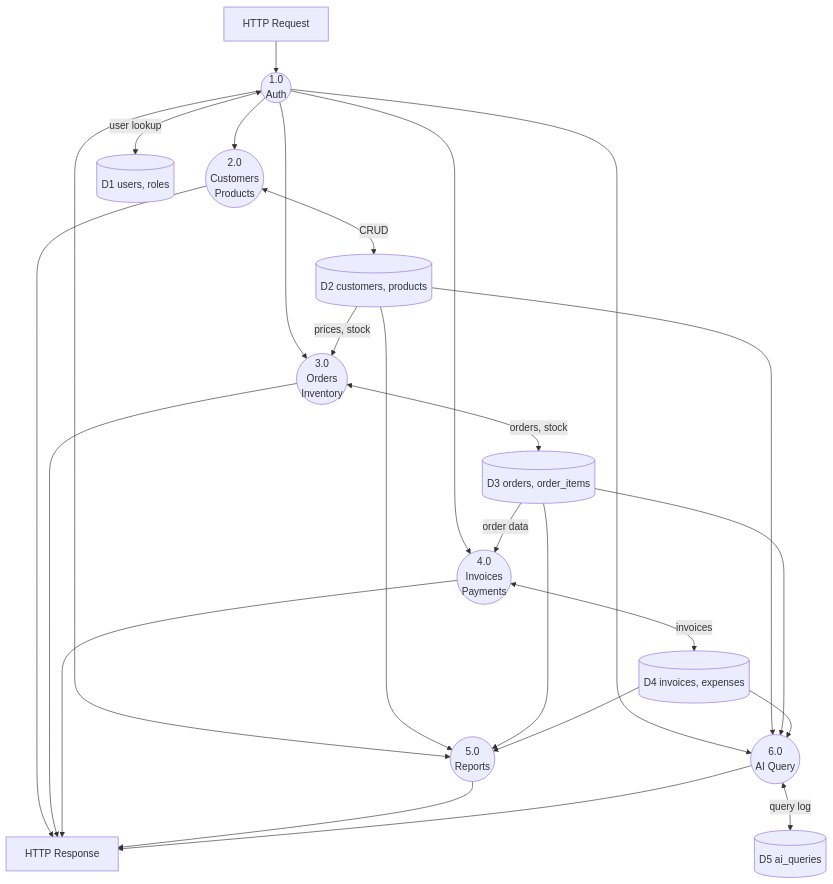
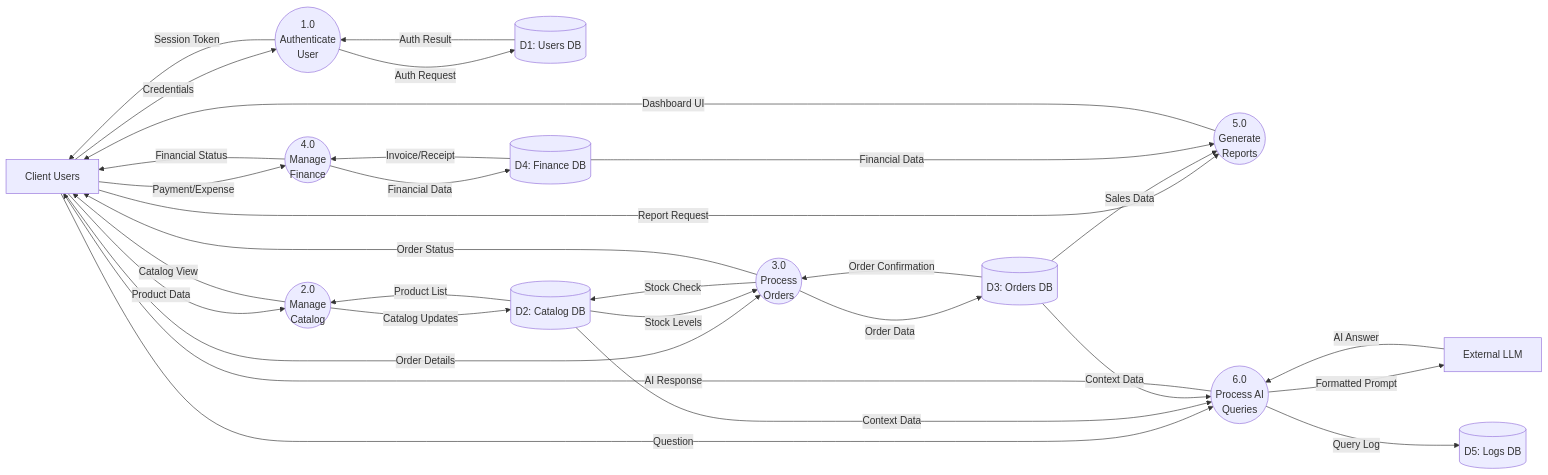
Before and after one commit to hyperS777/BizAI: the diagram in docs/design-diagrams/04-dfd-level1.mmd, drawn with Mermaid. The commit also changed 31 other files, not shown here.

Commit message:
docs: add system design diagrams and Visio rebuild guides

```diff
--- a/docs/design-diagrams/04-dfd-level1.mmd
+++ b/docs/design-diagrams/04-dfd-level1.mmd
@@ -1,46 +1,56 @@
-flowchart TB
-    IN["HTTP Request"]
-    OUT["HTTP Response"]
+%%{init: {'flowchart': {'nodeSpacing': 80, 'rankSpacing': 150}}}%%
+flowchart LR
+    %% External Entities
+    CLIENT["Client Users"]
+    LLM["External LLM"]
 
-    P1(("1.0\nAuth"))
-    P2(("2.0\nCustomers\nProducts"))
-    P3(("3.0\nOrders\nInventory"))
-    P4(("4.0\nInvoices\nPayments"))
-    P5(("5.0\nReports"))
-    P6(("6.0\nAI Query"))
+    %% Data Stores (Cylinders/Open Rectangles)
+    D1[("D1: Users DB")]
+    D2[("D2: Catalog DB")]
+    D3[("D3: Orders DB")]
+    D4[("D4: Finance DB")]
+    D5[("D5: Logs DB")]
 
-    D1[("D1 users, roles")]
-    D2[("D2 customers, products")]
-    D3[("D3 orders, order_items")]
-    D4[("D4 invoices, expenses")]
-    D5[("D5 ai_queries")]
+    %% Processes (Circles)
+    P1(("1.0\nAuthenticate\nUser"))
+    P2(("2.0\nManage\nCatalog"))
+    P3(("3.0\nProcess\nOrders"))
+    P4(("4.0\nManage\nFinance"))
+    P5(("5.0\nGenerate\nReports"))
+    P6(("6.0\nProcess AI\nQueries"))
 
-    IN --> P1
-    P1 <-->|"user lookup"| D1
-    P1 --> P2
-    P1 --> P3
-    P1 --> P4
-    P1 --> P5
-    P1 --> P6
+    %% Flows
+    CLIENT -- "Credentials" --> P1
+    P1 -- "Auth Request" --> D1
+    D1 -- "Auth Result" --> P1
+    P1 -- "Session Token" --> CLIENT
 
-    P2 <-->|"CRUD"| D2
-    P2 --> OUT
+    CLIENT -- "Product Data" --> P2
+    P2 -- "Catalog Updates" --> D2
+    D2 -- "Product List" --> P2
+    P2 -- "Catalog View" --> CLIENT
 
-    D2 -->|"prices, stock"| P3
-    P3 <-->|"orders, stock"| D3
-    P3 --> OUT
+    CLIENT -- "Order Details" --> P3
+    P3 -- "Stock Check" --> D2
+    D2 -- "Stock Levels" --> P3
+    P3 -- "Order Data" --> D3
+    D3 -- "Order Confirmation" --> P3
+    P3 -- "Order Status" --> CLIENT
 
-    D3 -->|"order data"| P4
-    P4 <-->|"invoices"| D4
-    P4 --> OUT
+    CLIENT -- "Payment/Expense" --> P4
+    P4 -- "Financial Data" --> D4
+    D4 -- "Invoice/Receipt" --> P4
+    P4 -- "Financial Status" --> CLIENT
 
-    D2 --> P5
-    D3 --> P5
-    D4 --> P5
-    P5 --> OUT
+    CLIENT -- "Report Request" --> P5
+    D3 -- "Sales Data" --> P5
+    D4 -- "Financial Data" --> P5
+    P5 -- "Dashboard UI" --> CLIENT
 
-    D2 --> P6
-    D3 --> P6
-    D4 --> P6
-    P6 <-->|"query log"| D5
-    P6 --> OUT
+    CLIENT -- "Question" --> P6
+    D2 -- "Context Data" --> P6
+    D3 -- "Context Data" --> P6
+    P6 -- "Formatted Prompt" --> LLM
+    LLM -- "AI Answer" --> P6
+    P6 -- "Query Log" --> D5
+    P6 -- "AI Response" --> CLIENT
```
